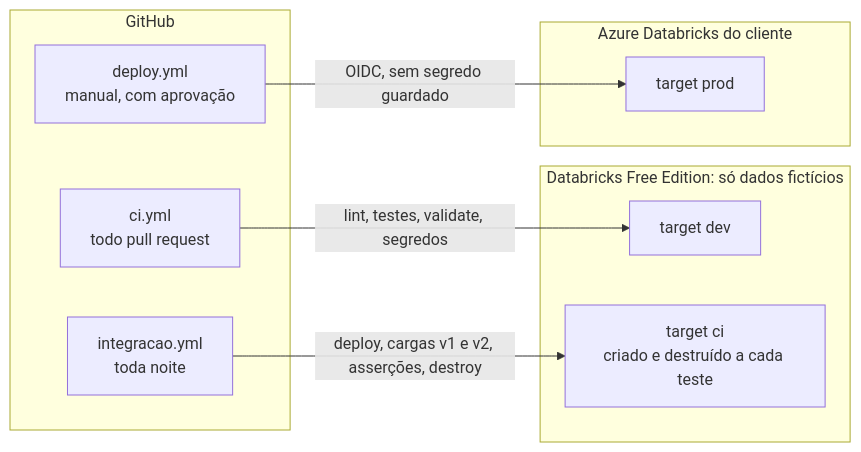
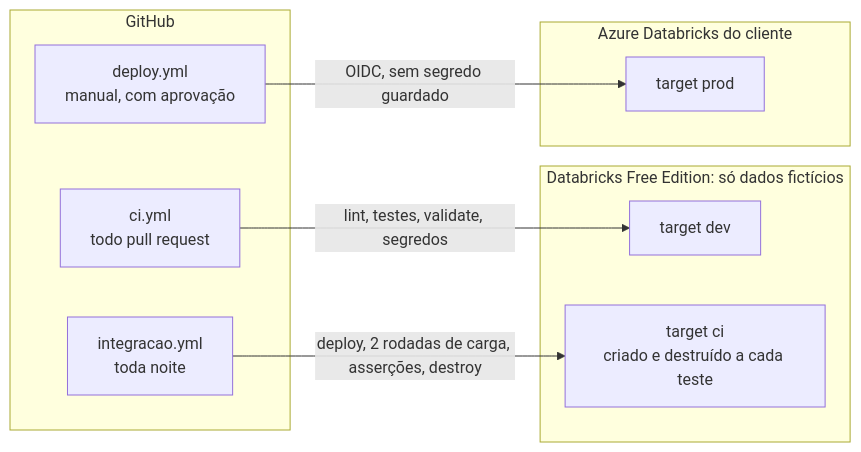
One commit to JoaoGama-dev/databricks-lakehouse-essentials changed the second of 2 diagrams in README.md. Above: the diagram before and after it, drawn with Mermaid. The commit also changed other lines of this file and 25 other files, not shown here.

````diff
--- a/README.md
+++ b/README.md
@@ -38,18 +38,18 @@
 ```mermaid
 flowchart LR
     subgraph github["GitHub"]
         ci["ci.yml<br/>todo pull request"]
         integ["integracao.yml<br/>toda noite"]
         deploy["deploy.yml<br/>manual, com aprovação"]
     end
     subgraph free["Databricks Free Edition: só dados fictícios"]
         dev["target dev"]
         tci["target ci<br/>criado e destruído a cada teste"]
     end
     subgraph azure["Azure Databricks do cliente"]
         prod["target prod"]
     end
     ci -- "lint, testes, validate, segredos" --> dev
-    integ -- "deploy, cargas v1 e v2, asserções, destroy" --> tci
+    integ -- "deploy, 2 rodadas de carga, asserções, destroy" --> tci
     deploy -- "OIDC, sem segredo guardado" --> prod
 ```
````
